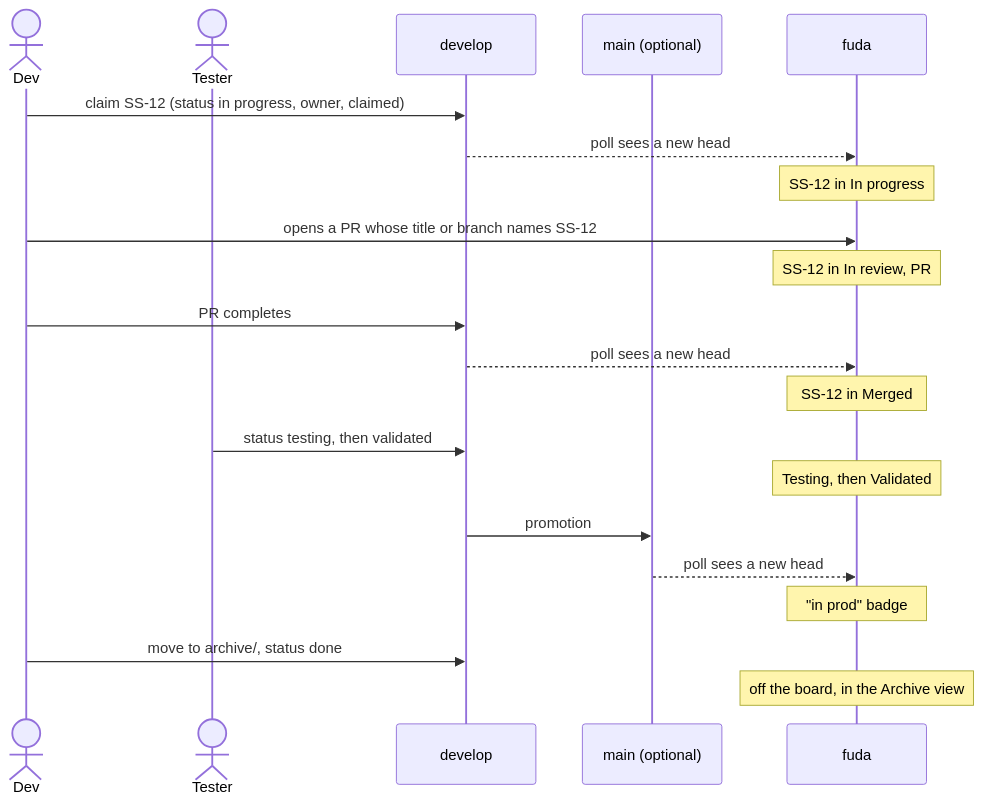
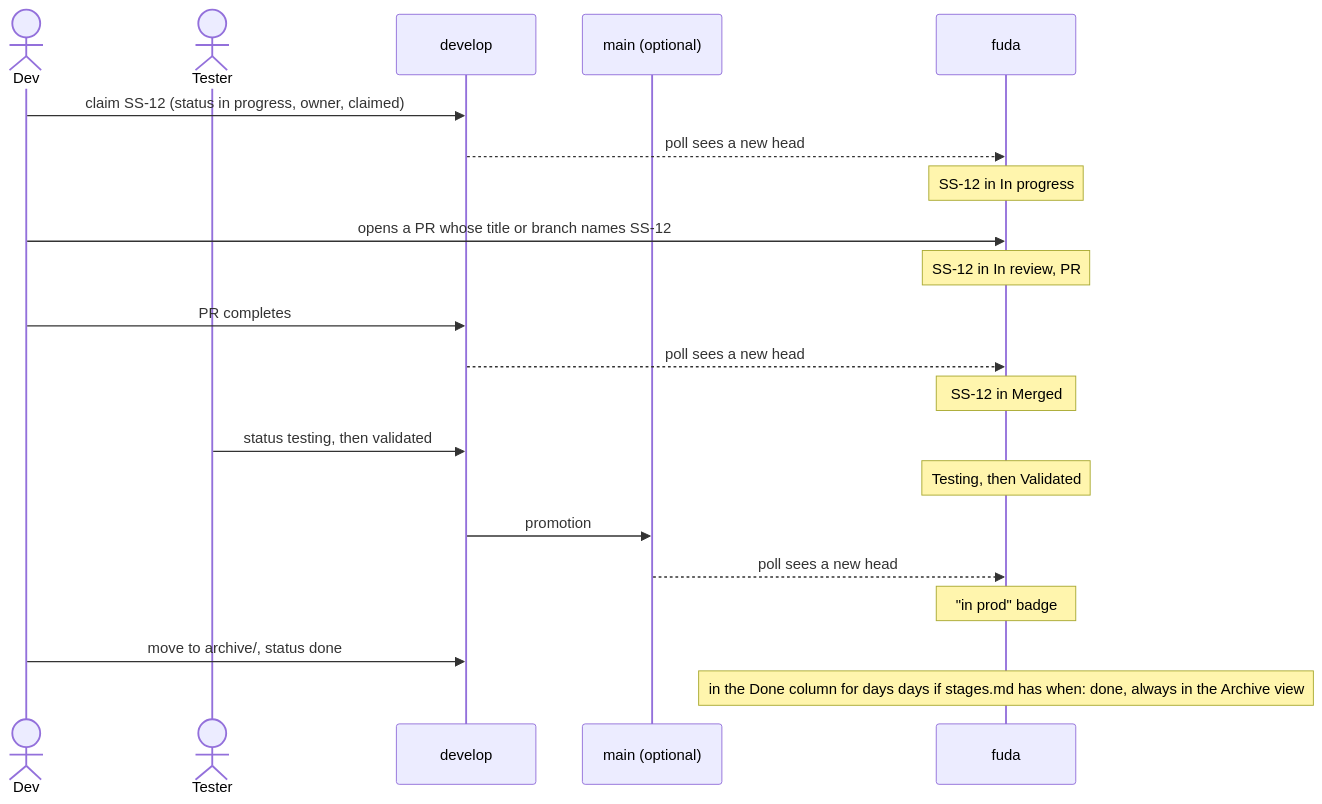
One commit to nemanja-mudrinic-nimbus-tech/fuda changed the fifth of 6 diagrams in docs/architecture.md. Above: the diagram before and after it, drawn with Mermaid. The commit also changed other lines of this file and 1 other file, not shown here.

Commit message:
F-6: Describe when: done and days in the Guide and architecture docs

````diff
--- a/docs/architecture.md
+++ b/docs/architecture.md
@@ -246,23 +258,23 @@
 ```mermaid
 sequenceDiagram
   actor Dev
   actor Tester
   participant Develop as develop
   participant Main as main (optional)
   participant Fuda as fuda
   Dev->>Develop: claim SS-12 (status in progress, owner, claimed)
   Develop-->>Fuda: poll sees a new head
   Note over Fuda: SS-12 in In progress
   Dev->>Fuda: opens a PR whose title or branch names SS-12
   Note over Fuda: SS-12 in In review, PR #n
   Dev->>Develop: PR completes
   Develop-->>Fuda: poll sees a new head
   Note over Fuda: SS-12 in Merged
   Tester->>Develop: status testing, then validated
   Note over Fuda: Testing, then Validated
   Develop->>Main: promotion
   Main-->>Fuda: poll sees a new head
   Note over Fuda: "in prod" badge
   Dev->>Develop: move to archive/, status done
-  Note over Fuda: off the board, in the Archive view
+  Note over Fuda: in the Done column for days days if stages.md has when: done, always in the Archive view
 ```
````
